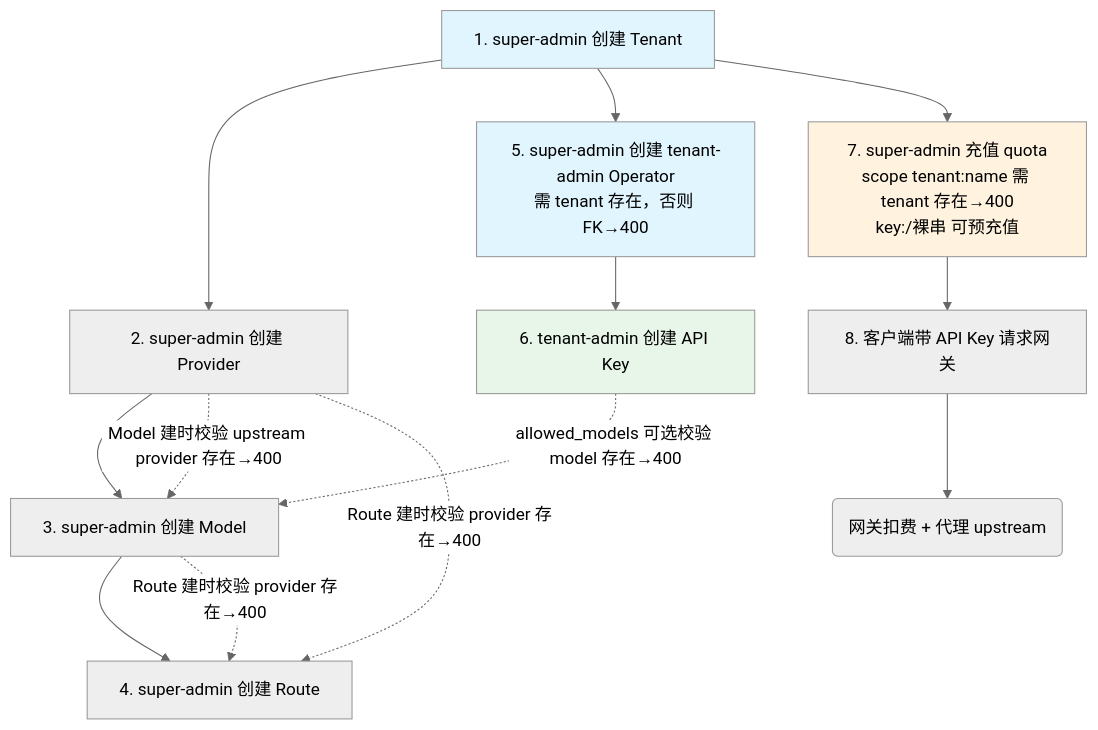
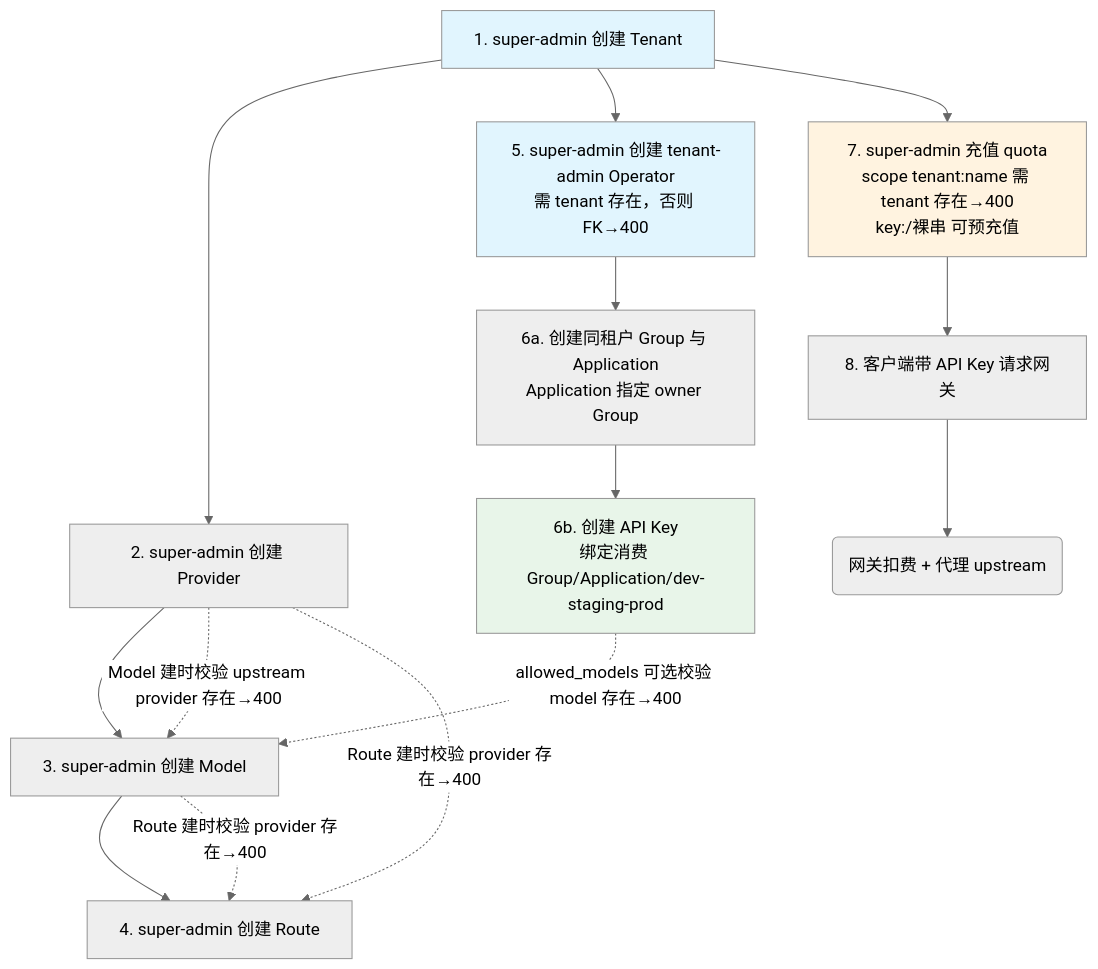
The diagram in design/domain-flows.md (zhouxwyeah/voxeltoad), drawn with Mermaid (neutral theme) before and after one commit. The commit also changed other lines of this file and 185 other files, not shown here.

````diff
--- a/design/domain-flows.md
+++ b/design/domain-flows.md
@@ -11,23 +11,24 @@
 ```mermaid
 flowchart TD
     A[1. super-admin 创建 Tenant] --> B[2. super-admin 创建 Provider]
     B --> C[3. super-admin 创建 Model]
     C --> D[4. super-admin 创建 Route]
     
     A --> E[5. super-admin 创建 tenant-admin Operator<br/>需 tenant 存在，否则 FK→400]
-    E --> F[6. tenant-admin 创建 API Key]
+    E --> J[6a. 创建同租户 Group 与 Application<br/>Application 指定 owner Group]
+    J --> F[6b. 创建 API Key<br/>绑定消费 Group/Application/dev-staging-prod]
     
     A --> G[7. super-admin 充值 quota<br/>scope tenant:name 需 tenant 存在→400<br/>key:/裸串 可预充值]
     G --> H[8. 客户端带 API Key 请求网关]
     H --> I(网关扣费 + 代理 upstream)
     
     B -.->|Model 建时校验 upstream provider 存在→400| C
     B -.->|Route 建时校验 provider 存在→400| D
     C -.->|Route 建时校验 provider 存在→400| D
     F -.->|allowed_models 可选校验 model 存在→400| C
     
     style A fill:#e1f5fe
     style E fill:#e1f5fe
     style G fill:#fff3e0
     style F fill:#e8f5e9
 ```
````
